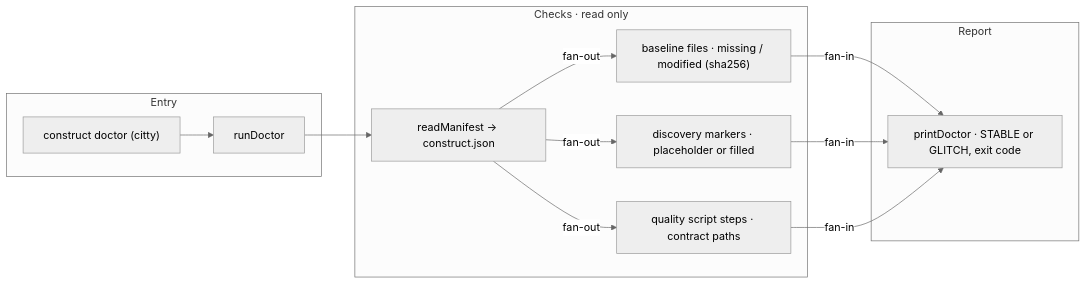
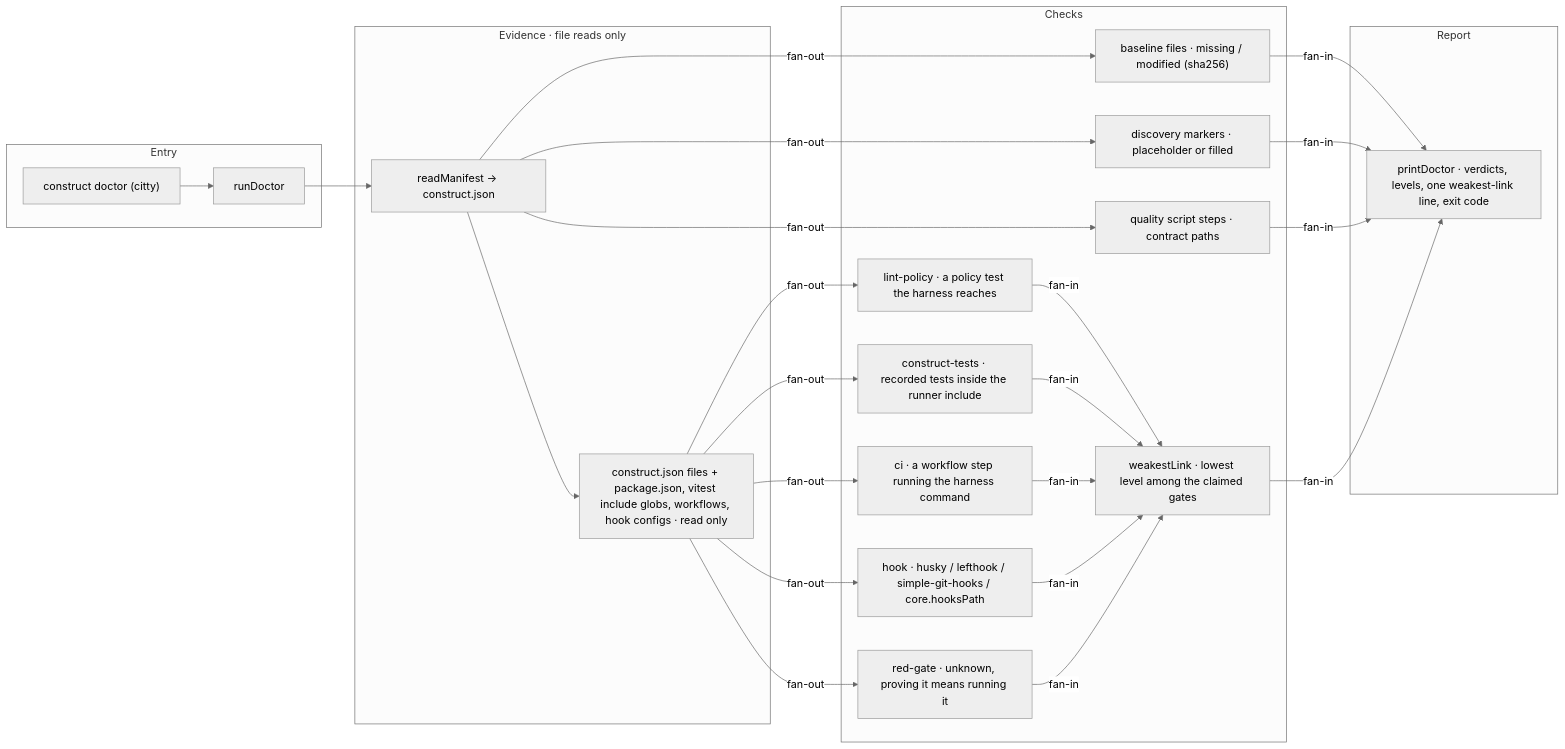
Before and after one commit to E1i/mikoshi-construct: the diagram in architecture/doctor.md, drawn with Mermaid (neutral theme). The commit also changed other lines of this file and 37 other files, not shown here.

Commit message:
feat(doctor): enforcement level per check instead of substring matching

````diff
--- a/architecture/doctor.md
+++ b/architecture/doctor.md
@@ -10,24 +10,45 @@
 ```mermaid
 flowchart LR
   subgraph b_entry["Entry"]
     cli["construct doctor (citty)"]
     run["runDoctor"]
   end
-  subgraph b_checks["Checks · read only"]
+  subgraph b_evidence["Evidence · file reads only"]
     manifest["readManifest → construct.json"]
+    evidence["construct.json files + package.json, vitest include globs, workflows, hook configs · read only"]
+  end
+  subgraph b_checks["Checks"]
     files["baseline files · missing / modified (sha256)"]
     markers["discovery markers · placeholder or filled"]
     harness["quality script steps · contract paths"]
+    lintPolicy["lint-policy · a policy test the harness reaches"]
+    constructTests["construct-tests · recorded tests inside the runner include"]
+    ci["ci · a workflow step running the harness command"]
+    hook["hook · husky / lefthook / simple-git-hooks / core.hooksPath"]
+    redGate["red-gate · unknown, proving it means running it"]
+    weakest["weakestLink · lowest level among the claimed gates"]
   end
   subgraph b_report["Report"]
-    print["printDoctor · STABLE or GLITCH, exit code"]
+    print["printDoctor · verdicts, levels, one weakest-link line, exit code"]
   end
   cli --> run
   run --> manifest
+  manifest --> evidence
   manifest -->|"fan-out"| files
   manifest -->|"fan-out"| markers
   manifest -->|"fan-out"| harness
+  evidence -->|"fan-out"| lintPolicy
+  evidence -->|"fan-out"| constructTests
+  evidence -->|"fan-out"| ci
+  evidence -->|"fan-out"| hook
+  evidence -->|"fan-out"| redGate
+  lintPolicy -->|"fan-in"| weakest
+  constructTests -->|"fan-in"| weakest
+  ci -->|"fan-in"| weakest
+  hook -->|"fan-in"| weakest
+  redGate -->|"fan-in"| weakest
   files -->|"fan-in"| print
   markers -->|"fan-in"| print
   harness -->|"fan-in"| print
+  weakest -->|"fan-in"| print
 ```
````
